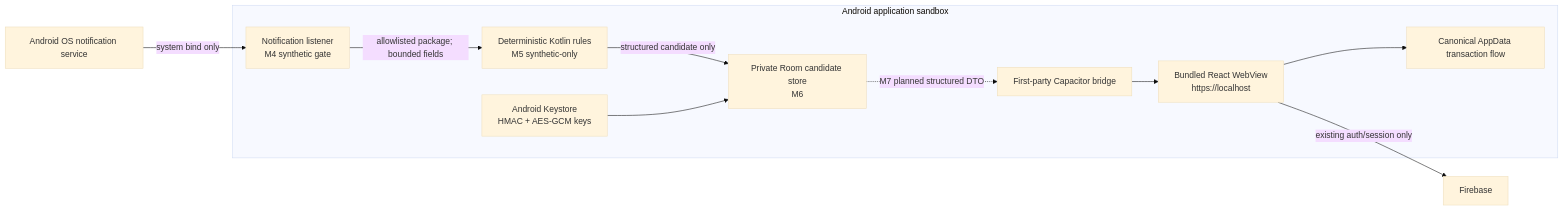
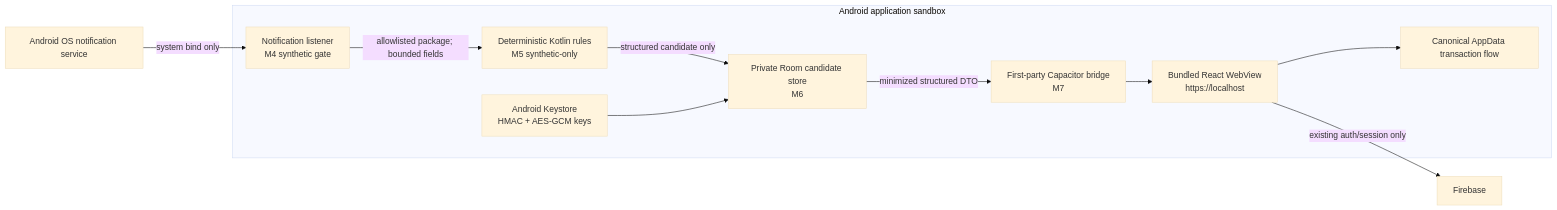
The diagram in docs/01-architecture/android-payment-detection-security.md (daniele21/personal-budget), drawn with Mermaid (base theme) before and after one commit. The commit also changed other lines of this file and 40 other files, not shown here.

````diff
--- a/docs/01-architecture/android-payment-detection-security.md
+++ b/docs/01-architecture/android-payment-detection-security.md
@@ -26,21 +30,21 @@
 ```mermaid
 flowchart LR
     OS["Android OS notification service"] -->|"system bind only"| L["Notification listener\nM4 synthetic gate"]
     L -->|"allowlisted package; bounded fields"| R["Deterministic Kotlin rules\nM5 synthetic-only"]
     R -->|"structured candidate only"| DB["Private Room candidate store\nM6"]
     KS["Android Keystore\nHMAC + AES-GCM keys"] --> DB
-    DB -.->|"M7 planned structured DTO"| B["First-party Capacitor bridge"]
+    DB -->|"minimized structured DTO"| B["First-party Capacitor bridge\nM7"]
     B --> W["Bundled React WebView\nhttps://localhost"]
     W --> A["Canonical AppData transaction flow"]
     W -->|"existing auth/session only"| F["Firebase"]
 
     subgraph Device["Android application sandbox"]
       L
       R
       DB
       KS
       B
       W
       A
     end
 ```
````
